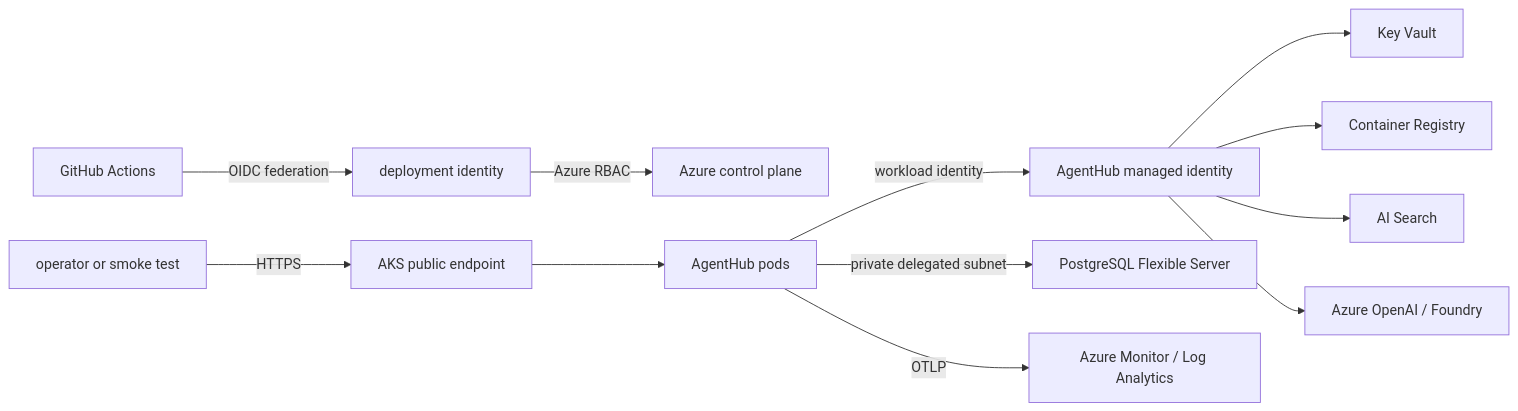
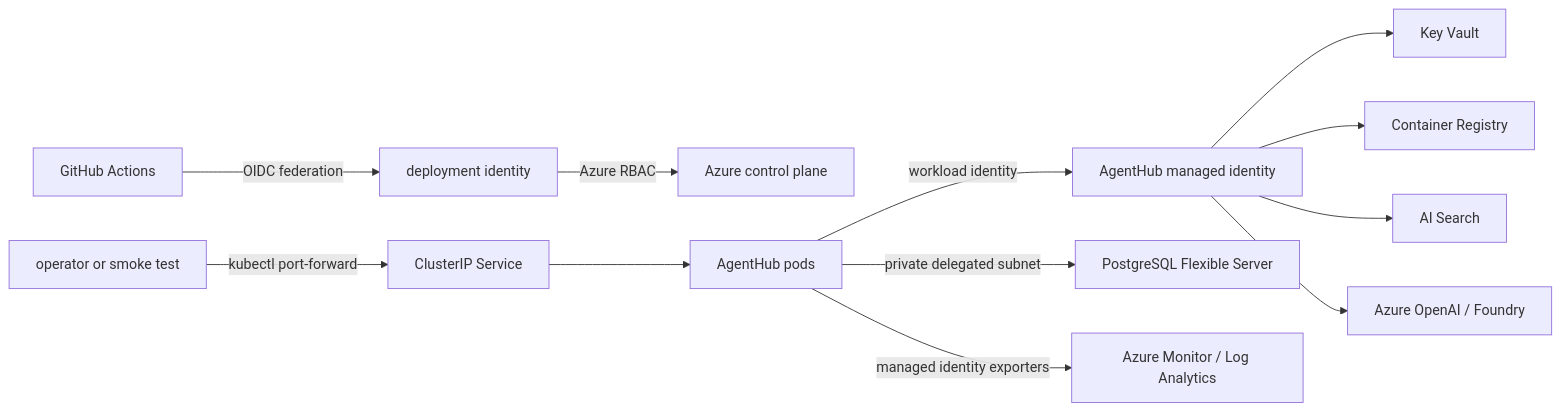
One commit to Muhmdk/AgentHub changed the diagram in docs/azure/architecture-and-cost.md. Above: the diagram before and after it, drawn with Mermaid. The commit also changed other lines of this file and 11 other files, not shown here.

````diff
--- a/docs/azure/architecture-and-cost.md
+++ b/docs/azure/architecture-and-cost.md
@@ -15,14 +15,14 @@
 ```mermaid
 flowchart LR
     GH[GitHub Actions] -->|OIDC federation| DEPLOY[deployment identity]
     DEPLOY -->|Azure RBAC| AZ[Azure control plane]
-    USER[operator or smoke test] -->|HTTPS| LB[AKS public endpoint]
-    LB --> API[AgentHub pods]
+    USER[operator or smoke test] -->|kubectl port-forward| SVC[ClusterIP Service]
+    SVC --> API[AgentHub pods]
     API -->|workload identity| ID[AgentHub managed identity]
     ID --> KV[Key Vault]
     ID --> ACR[Container Registry]
     ID --> SEARCH[AI Search]
     ID --> MODEL[Azure OpenAI / Foundry]
     API -->|private delegated subnet| PG[PostgreSQL Flexible Server]
-    API -->|OTLP| MON[Azure Monitor / Log Analytics]
+    API -->|managed identity exporters| MON[Azure Monitor / Log Analytics]
 ```
````
